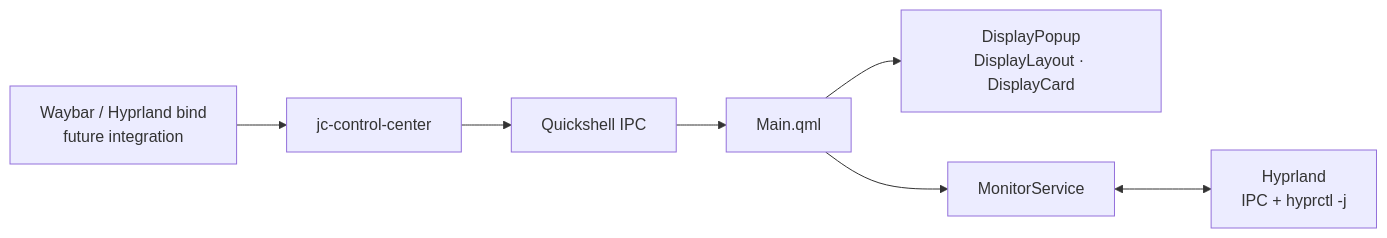
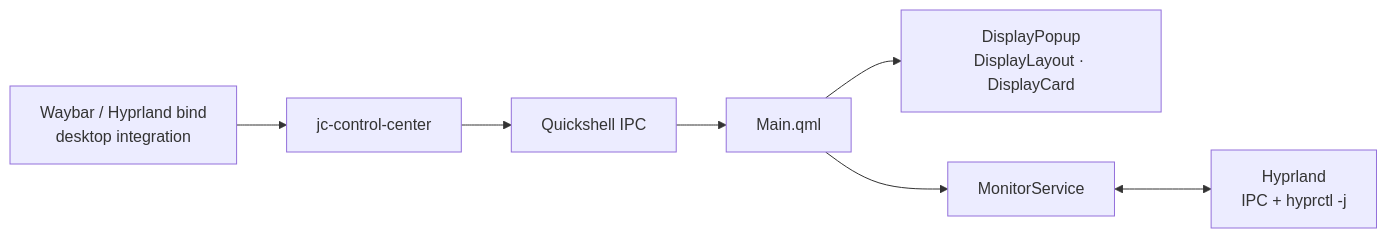
Before and after one commit to jcpina83/jc-hyprland-dotfiles: the second of 3 diagrams in README.md, drawn with Mermaid. The commit also changed other lines of this file and 11 other files, not shown here.

````diff
--- a/README.md
+++ b/README.md
@@ -202,17 +202,17 @@
 ```mermaid
 flowchart LR
-    WB["Waybar / Hyprland bind<br/>future integration"]
+    WB["Waybar / Hyprland bind<br/>desktop integration"]
     WR["jc-control-center"]
     IPC["Quickshell IPC"]
     MAIN["Main.qml"]
     UI["DisplayPopup<br/>DisplayLayout · DisplayCard"]
     MS["MonitorService"]
     HY["Hyprland<br/>IPC + hyprctl -j"]
 
     WB --> WR
     WR --> IPC
     IPC --> MAIN
     MAIN --> UI
     MAIN --> MS
     MS <--> HY
 ```
````
